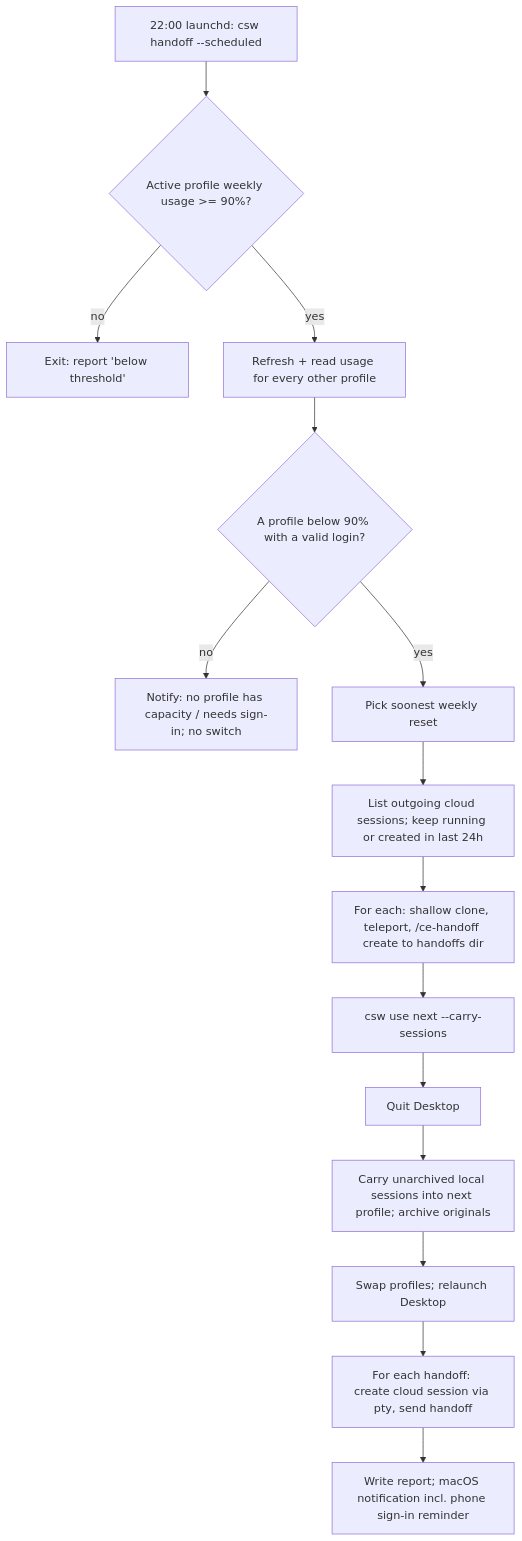
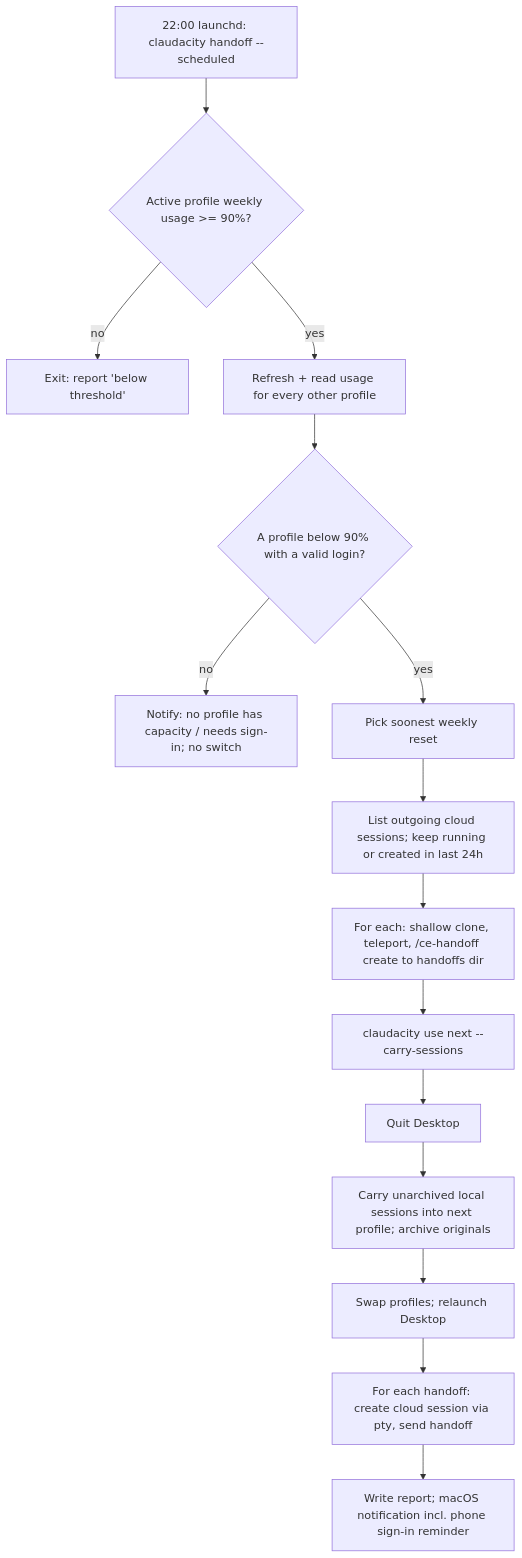
The diagram in docs/plans/2026-09-27-0845-feat-nightly-account-handoff-plan.md (raineorshine/claudacity), drawn with Mermaid before and after one commit. The commit also changed other lines of this file and 19 other files, not shown here.

First line of the commit message:
feat!: rename csw to claudacity

````diff
--- a/docs/plans/2026-09-27-0845-feat-nightly-account-handoff-plan.md
+++ b/docs/plans/2026-09-27-0845-feat-nightly-account-handoff-plan.md
@@ -138,17 +138,17 @@
 ```mermaid
 flowchart TB
-  A[22:00 launchd: csw handoff --scheduled] --> B{Active profile weekly usage >= 90%?}
+  A[22:00 launchd: claudacity handoff --scheduled] --> B{Active profile weekly usage >= 90%?}
   B -->|no| Z[Exit: report 'below threshold']
   B -->|yes| C[Refresh + read usage for every other profile]
   C --> D{A profile below 90% with a valid login?}
   D -->|no| Y[Notify: no profile has capacity / needs sign-in; no switch]
   D -->|yes| E[Pick soonest weekly reset]
   E --> F[List outgoing cloud sessions; keep running or created in last 24h]
   F --> G[For each: shallow clone, teleport, /ce-handoff create to handoffs dir]
-  G --> H[csw use next --carry-sessions]
+  G --> H[claudacity use next --carry-sessions]
   H --> H1[Quit Desktop]
   H1 --> H2[Carry unarchived local sessions into next profile; archive originals]
   H2 --> H3[Swap profiles; relaunch Desktop]
   H3 --> I[For each handoff: create cloud session via pty, send handoff]
   I --> J[Write report; macOS notification incl. phone sign-in reminder]
 ```
````
